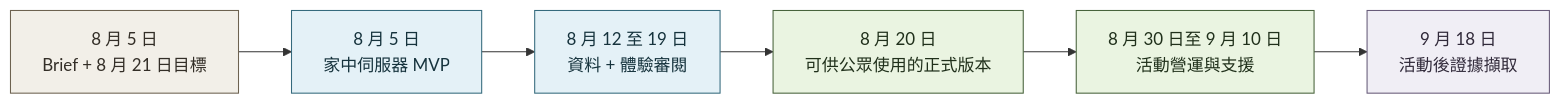
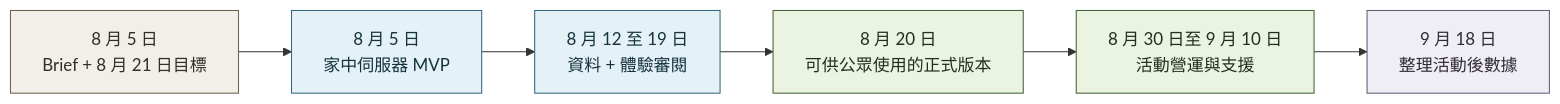
Before and after one commit to jackyngtf/wellness-village-event-platform: the diagram in docs/diagrams/delivery-evolution.zh-Hant.mmd, drawn with Mermaid. The commit also changed 55 other files, not shown here.

```diff
--- a/docs/diagrams/delivery-evolution.zh-Hant.mmd
+++ b/docs/diagrams/delivery-evolution.zh-Hant.mmd
@@ -1,22 +1,22 @@
 flowchart LR
     BRIEF["8 月 5 日<br/>Brief + 8 月 21 日目標"]
     MVP["8 月 5 日<br/>家中伺服器 MVP"]
     ITERATE["8 月 12 至 19 日<br/>資料 + 體驗審閱"]
     RELEASE["8 月 20 日<br/>可供公眾使用的正式版本"]
     OPERATE["8 月 30 日至 9 月 10 日<br/>活動營運與支援"]
-    EVIDENCE["9 月 18 日<br/>活動後證據擷取"]
+    EVIDENCE["9 月 18 日<br/>整理活動後數據"]
 
     BRIEF --> MVP
     MVP --> ITERATE
     ITERATE --> RELEASE
     RELEASE --> OPERATE
     OPERATE --> EVIDENCE
 
     classDef planning fill:#f2efe8,stroke:#6d6250,color:#332e27
     classDef preview fill:#e4f1f7,stroke:#356a7d,color:#16333d
     classDef delivery fill:#eaf4e1,stroke:#48633c,color:#20301b
     classDef evidence fill:#f0eef5,stroke:#675b79,color:#312a3a
     class BRIEF planning
     class MVP,ITERATE preview
     class RELEASE,OPERATE delivery
     class EVIDENCE evidence
```
